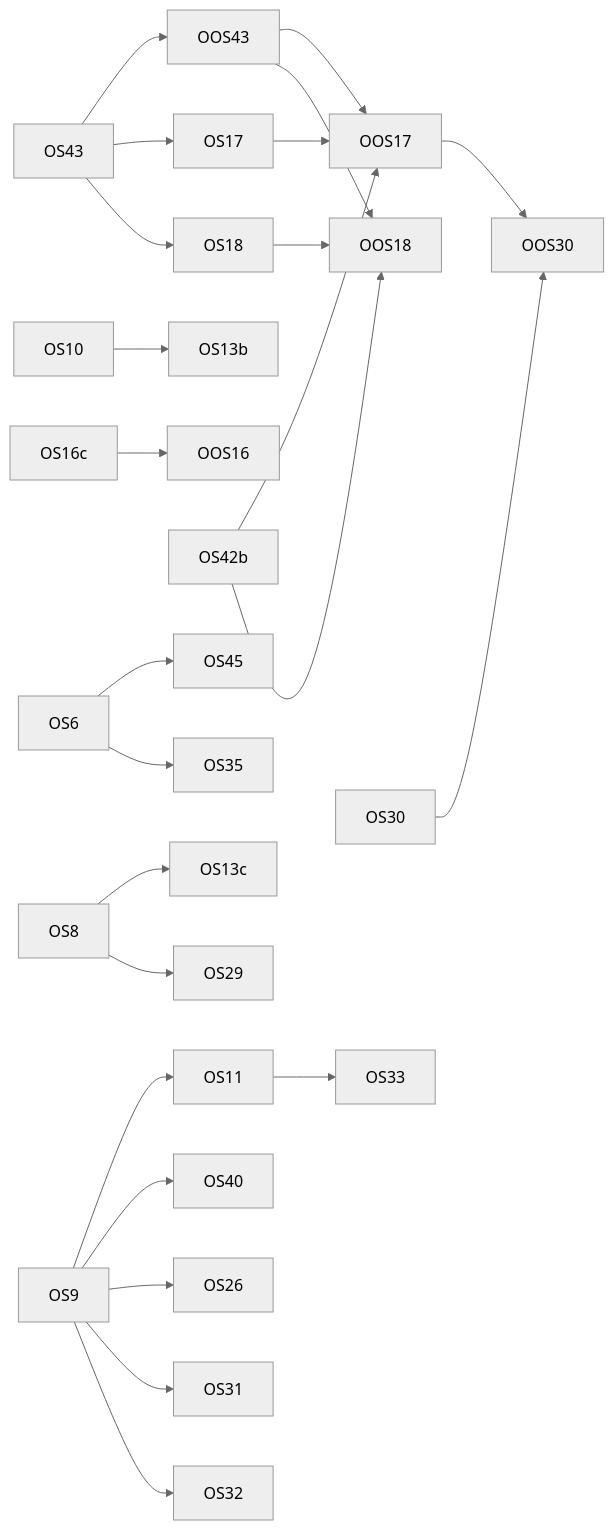
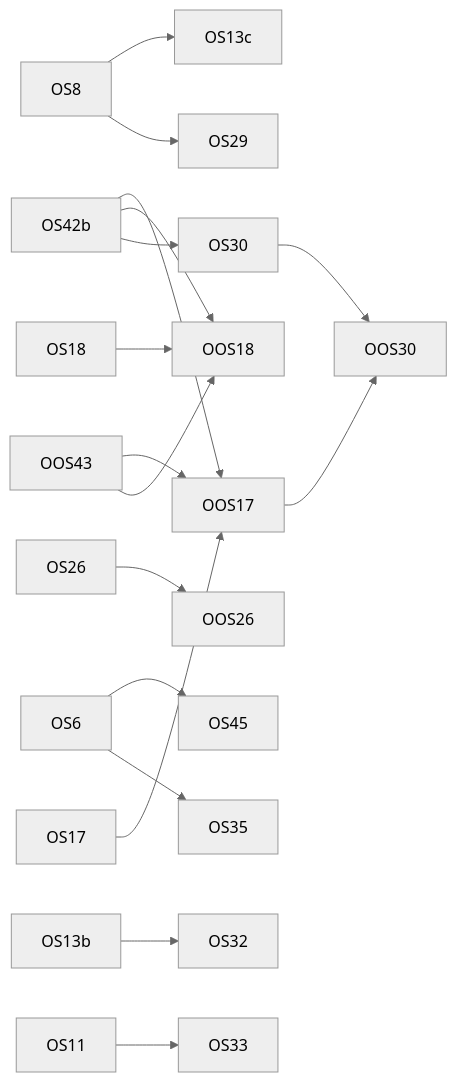
Before and after one commit to diy-accounting-uk/submit.diyaccounting.co.uk: the diagram in PLAN_ORGANIC_SEARCH.md, drawn with Mermaid (neutral theme). The commit also changed other lines of this file and 1 other file, not shown here.

````diff
--- a/PLAN_ORGANIC_SEARCH.md
+++ b/PLAN_ORGANIC_SEARCH.md
@@ -909,26 +903,19 @@
 ```mermaid
 flowchart LR
   OS6 --> OS45
-  OS9 --> OS11
-  OS9 --> OS40
   OS8 --> OS13c
-  OS43 --> OOS43
   OOS43 --> OOS17
   OOS43 --> OOS18
   OS42b --> OOS17
   OS42b --> OOS18
-  OS10 --> OS13b
-  OS16c --> OOS16
-  OS43 --> OS17
   OS17 --> OOS17
-  OS43 --> OS18
   OS18 --> OOS18
-  OS9 --> OS26
+  OS26 --> OOS26
   OS8 --> OS29
   OS30 --> OOS30
   OOS17 --> OOS30
-  OS9 --> OS31
-  OS9 --> OS32
+  OS13b --> OS32
+  OS42b --> OS30
   OS11 --> OS33
   OS6 --> OS35
 ```
````
